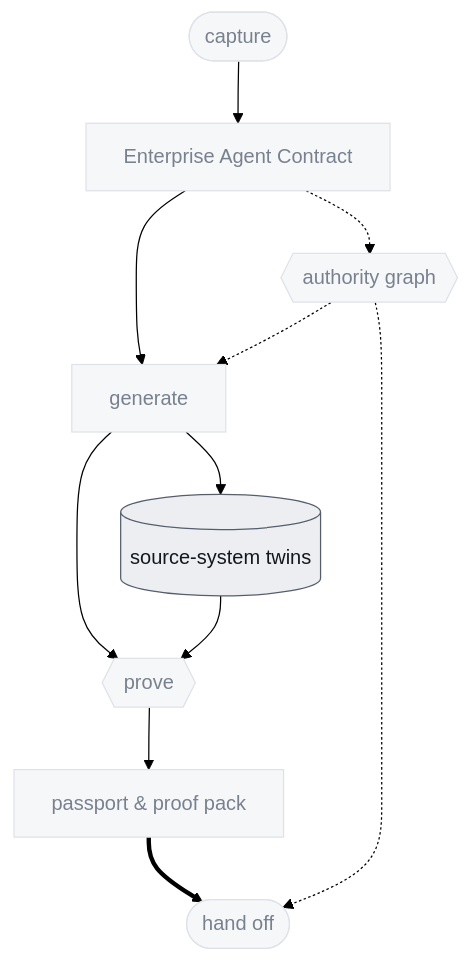
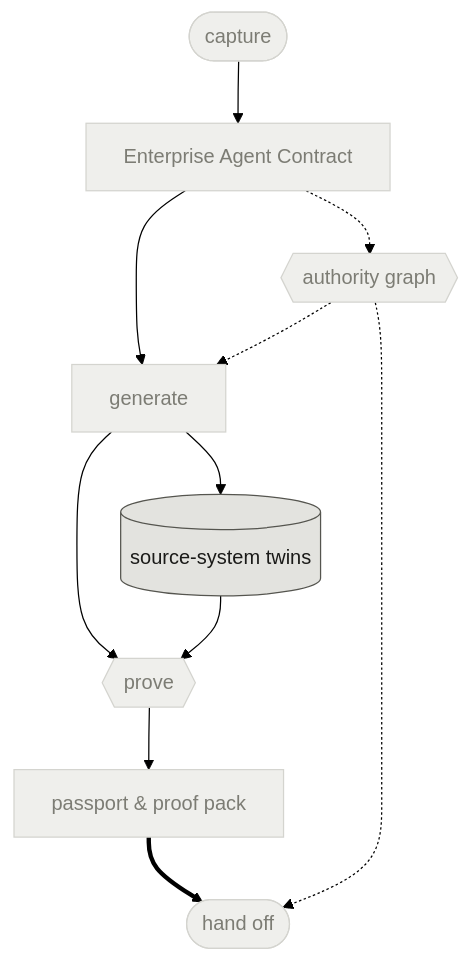
One commit to vamsiramakrishnan/ge-agent-factory changed the diagram in docs/diagrams-src/signature-pipeline-source-system-twins.mmd. Above: the diagram before and after it, drawn with Mermaid (forest theme). The commit also changed 87 other files, not shown here.

```diff
--- a/docs/diagrams-src/signature-pipeline-source-system-twins.mmd
+++ b/docs/diagrams-src/signature-pipeline-source-system-twins.mmd
@@ -1,25 +1,25 @@
 flowchart TD
     CAP(["capture"])
     CONTRACT["Enterprise Agent Contract"]
     GEN["generate"]
     TWIN[("source-system twins")]
     PROVE{{"prove"}}
     PASSPORT["passport & proof pack"]
     HANDOFF(["hand off"])
     AUTH{{"authority graph"}}
 
     CAP --> CONTRACT
     CONTRACT --> GEN
     GEN --> TWIN
     GEN --> PROVE
     TWIN --> PROVE
     PROVE --> PASSPORT
     PASSPORT ==> HANDOFF
     CONTRACT -.-> AUTH
     AUTH -.-> GEN
     AUTH -.-> HANDOFF
 
-    classDef system fill:#eceef2,stroke:#565e6c,color:#14171c
-    classDef dim fill:#f6f7f9,stroke:#dfe2e8,color:#79818e
+    classDef system fill:#e3e3df,stroke:#55554f,color:#1a1a18
+    classDef dim fill:#efefec,stroke:#d4d4cf,color:#7c7c74
     class TWIN system
     class CAP,CONTRACT,GEN,PROVE,PASSPORT,HANDOFF,AUTH dim
```
